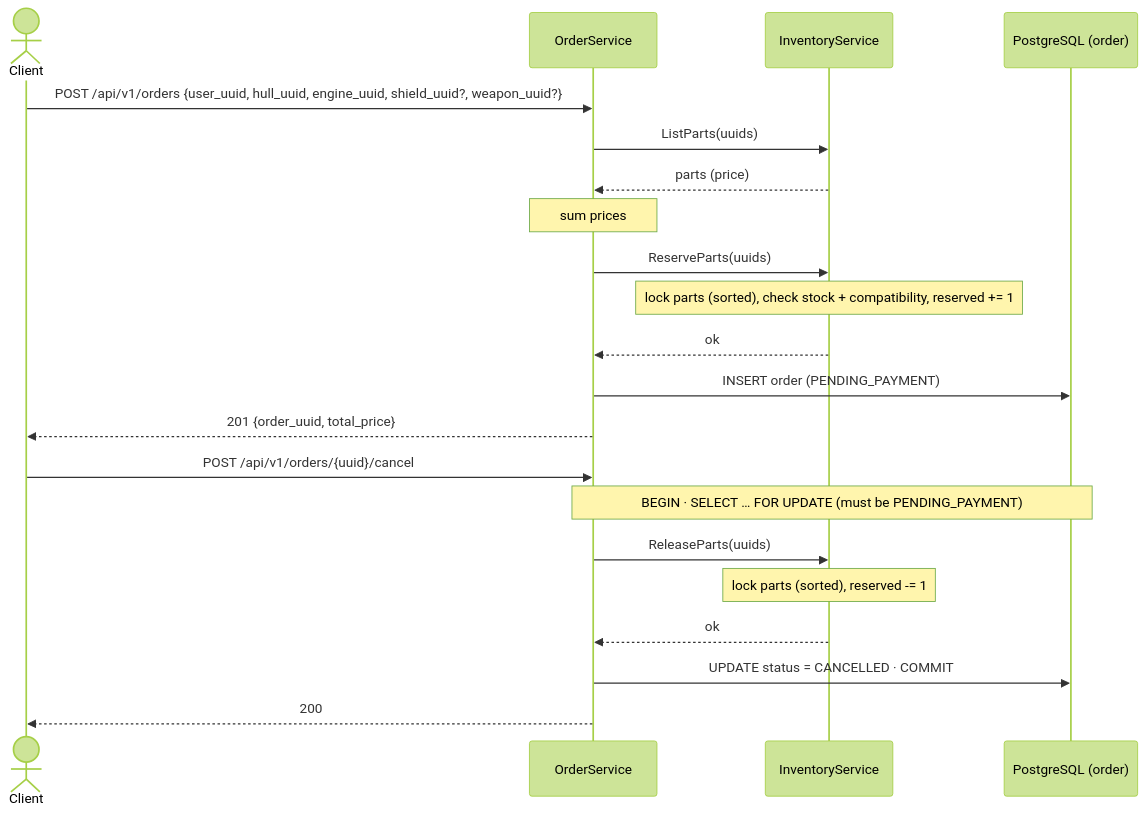
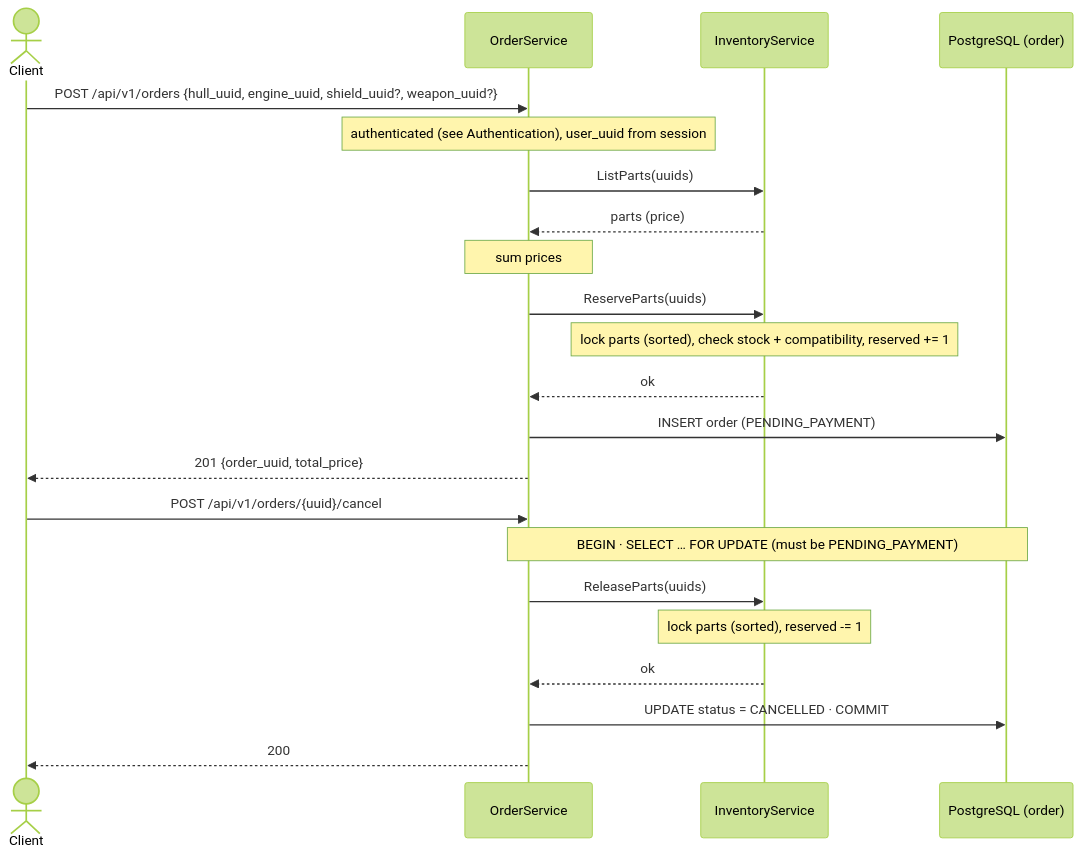
Before and after one commit to omaigo88/ms-ex: the fifth of 6 diagrams in docs/architecture.md, drawn with Mermaid (forest theme). The commit also changed other lines of this file and 64 other files, not shown here.

````diff
--- a/docs/architecture.md
+++ b/docs/architecture.md
@@ -185,25 +277,26 @@
 ```mermaid
 sequenceDiagram
     actor Client
     participant Order as OrderService
     participant Inv as InventoryService
     participant ODB as PostgreSQL (order)
 
-    Client->>Order: POST /api/v1/orders {user_uuid, hull_uuid, engine_uuid, shield_uuid?, weapon_uuid?}
+    Client->>Order: POST /api/v1/orders {hull_uuid, engine_uuid, shield_uuid?, weapon_uuid?}
+    Note over Order: authenticated (see Authentication), user_uuid from session
     Order->>Inv: ListParts(uuids)
     Inv-->>Order: parts (price)
     Note over Order: sum prices
     Order->>Inv: ReserveParts(uuids)
     Note over Inv: lock parts (sorted), check stock + compatibility, reserved += 1
     Inv-->>Order: ok
     Order->>ODB: INSERT order (PENDING_PAYMENT)
     Order-->>Client: 201 {order_uuid, total_price}
 
     Client->>Order: POST /api/v1/orders/{uuid}/cancel
     Note over Order,ODB: BEGIN · SELECT … FOR UPDATE (must be PENDING_PAYMENT)
     Order->>Inv: ReleaseParts(uuids)
     Note over Inv: lock parts (sorted), reserved -= 1
     Inv-->>Order: ok
     Order->>ODB: UPDATE status = CANCELLED · COMMIT
     Order-->>Client: 200
 ```
````
